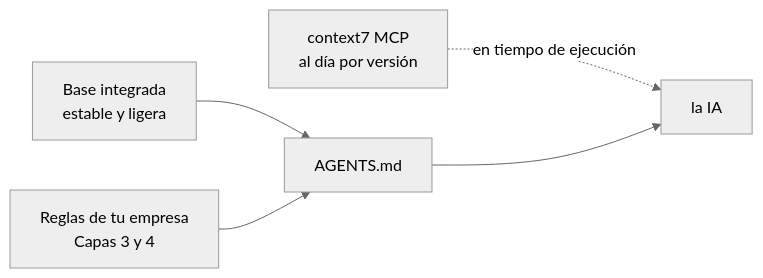
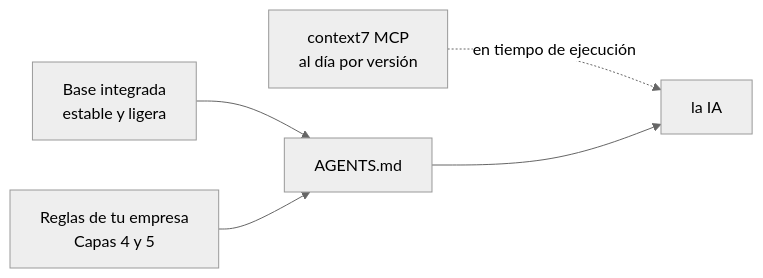
One commit to grojof/ai-workspace-generator changed the second of 4 diagrams in docs/es/QUICKSTART.md. Above: the diagram before and after it, drawn with Mermaid (neutral theme). The commit also changed 25 other files, not shown here.

````diff
--- a/docs/es/QUICKSTART.md
+++ b/docs/es/QUICKSTART.md
@@ -37,7 +37,7 @@
 ```mermaid
 flowchart LR
-  BASE[Base integrada<br/>estable y ligera] --> AG[AGENTS.md]
-  C7[context7 MCP<br/>al día por versión] -. en tiempo de ejecución .-> AI[la IA]
-  COMP[Reglas de tu empresa<br/>Capas 3 y 4] --> AG
+  BASE["Base integrada<br/>estable y ligera"] --> AG["AGENTS.md"]
+  C7["context7 MCP<br/>al día por versión"] -. en tiempo de ejecución .-> AI[la IA]
+  COMP["Reglas de tu empresa<br/>Capas 4 y 5"] --> AG
   AG --> AI
 ```
````
